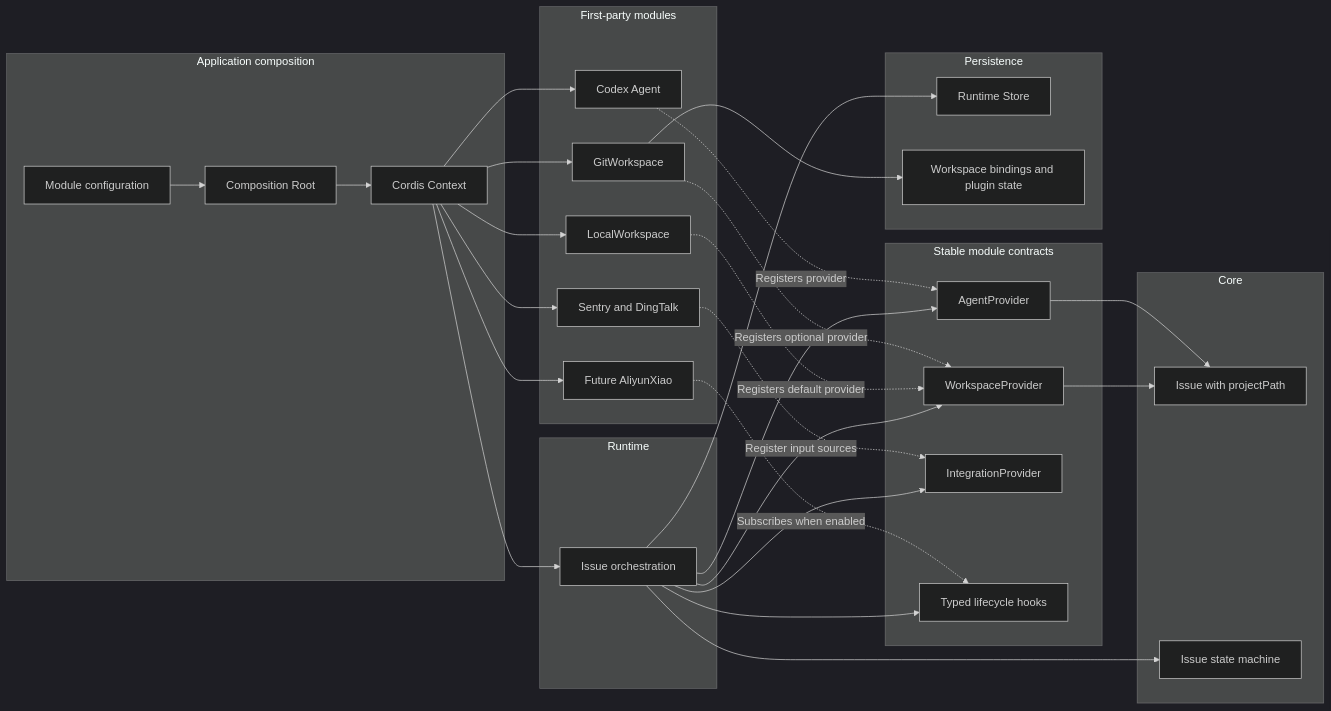
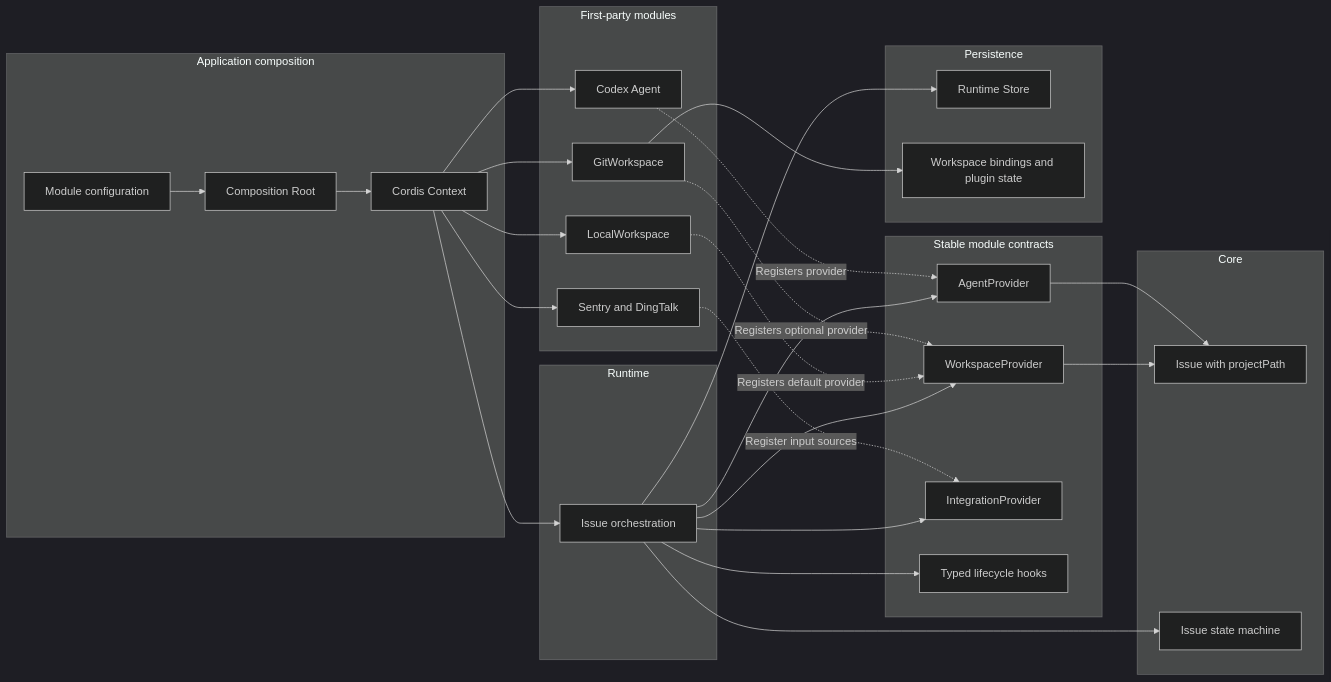
One commit to preflower/ohmybug changed the diagram in docs/superpowers/specs/2026-08-22-internal-plugin-workspace-design.md. Above: the diagram before and after it, drawn with Mermaid (dark theme). The commit also changed other lines of this file, not shown here.

````diff
--- a/docs/superpowers/specs/2026-08-22-internal-plugin-workspace-design.md
+++ b/docs/superpowers/specs/2026-08-22-internal-plugin-workspace-design.md
@@ -24,62 +23,59 @@
 ```mermaid
 flowchart LR
     subgraph host["Application composition"]
         config["Module configuration"]
         composition["Composition Root"]
         cordis["Cordis Context"]
     end
 
     subgraph runtimeLayer["Runtime"]
         runtime["Issue orchestration"]
     end
 
     subgraph contracts["Stable module contracts"]
         workspace["WorkspaceProvider"]
         agent["AgentProvider"]
         integration["IntegrationProvider"]
         hooks["Typed lifecycle hooks"]
     end
 
     subgraph modules["First-party modules"]
         local["LocalWorkspace"]
         git["GitWorkspace"]
         codex["Codex Agent"]
         sources["Sentry and DingTalk"]
-        aliyun["Future AliyunXiao"]
     end
 
     subgraph coreLayer["Core"]
         issue["Issue with projectPath"]
         workflow["Issue state machine"]
     end
 
     subgraph storageLayer["Persistence"]
         store["Runtime Store"]
         pluginState["Workspace bindings and plugin state"]
     end
 
     config --> composition --> cordis
     cordis --> runtime
     cordis --> local
     cordis --> git
     cordis --> codex
     cordis --> sources
-    cordis --> aliyun
 
     runtime --> workspace
     runtime --> agent
     runtime --> integration
     runtime --> hooks
     runtime --> workflow
     runtime --> store
 
     local -.->|"Registers default provider"| workspace
     git -.->|"Registers optional provider"| workspace
     codex -.->|"Registers provider"| agent
     sources -.->|"Register input sources"| integration
-    aliyun -.->|"Subscribes when enabled"| hooks
 
     workspace --> issue
     agent --> issue
     git --> pluginState
 ```
````
